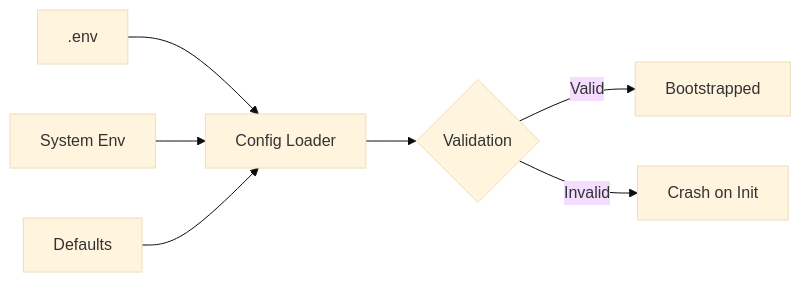
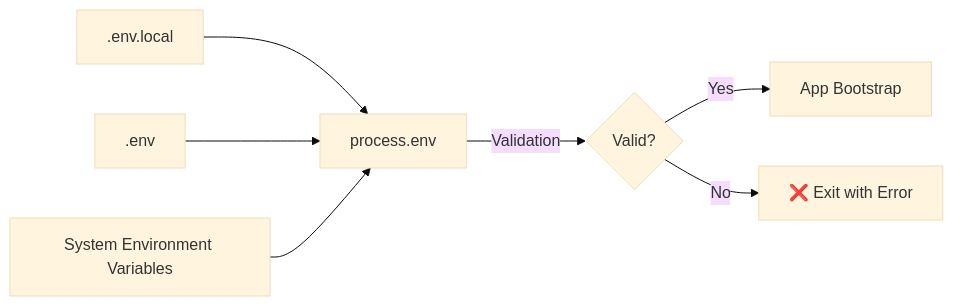
Before and after one commit to Nemathullahkhan/Zerak: the seventh of 10 diagrams in README.md, drawn with Mermaid (base theme). The commit also changed other lines of this file, not shown here.

````diff
--- a/README.md
+++ b/README.md
@@ -156,9 +482,9 @@
 ```mermaid
 flowchart LR
-  A[.env] --> D[Config Loader]
-  B[System Env] --> D
-  C[Defaults] --> D
-  D --> E{Validation}
-  E -->|Valid| F[Bootstrapped]
-  E -->|Invalid| G[Crash on Init]
+    A[".env.local"] --> D["process.env"]
+    B[".env"] --> D
+    C["System Environment Variables"] --> D
+    D -->|Validation| E{Valid?}
+    E -->|Yes| F["App Bootstrap"]
+    E -->|No| G["❌ Exit with Error"]
 ```
````
